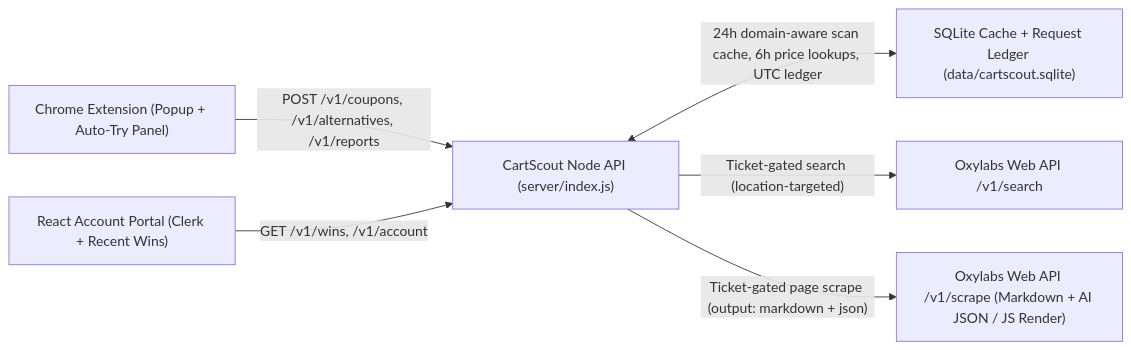
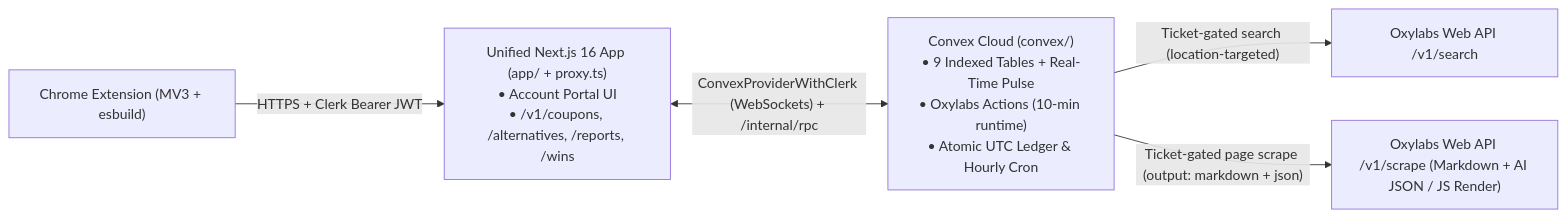
Before and after one commit to sonnysangha/cartscout: the first of 3 diagrams in README.md, drawn with Mermaid. The commit also changed other lines of this file and 196 other files, not shown here.

Commit message:
Refactor to Next.js 16 + Convex, fix working coupon ordering, seed Convex demo data, add interactive Oxylabs simulator & README diagrams

````diff
--- a/README.md
+++ b/README.md
@@ -17,15 +19,13 @@
 ```mermaid
 flowchart LR
-  Ext["Chrome Extension (Popup + Auto-Try Panel)"]
-  Portal["React Account Portal (Clerk + Recent Wins)"]
-  API["CartScout Node API (server/index.js)"]
-  Cache["SQLite Cache + Request Ledger (data/cartscout.sqlite)"]
+  Ext["Chrome Extension (MV3 + esbuild)"]
+  Next["Unified Next.js 16 App (app/ + proxy.ts)\n• Account Portal UI\n• /v1/coupons, /alternatives, /reports, /wins"]
+  Convex["Convex Cloud (convex/)\n• 9 Indexed Tables + Real-Time Pulse\n• Oxylabs Actions (10-min runtime)\n• Atomic UTC Ledger & Hourly Cron"]
   OxySearch["Oxylabs Web API /v1/search"]
   OxyScrape["Oxylabs Web API /v1/scrape (Markdown + AI JSON / JS Render)"]
 
-  Ext -->|"POST /v1/coupons, /v1/alternatives, /v1/reports"| API
-  Portal -->|"GET /v1/wins, /v1/account"| API
-  API <-->|"24h domain-aware scan cache, 6h price lookups, UTC ledger"| Cache
-  API -->|"Ticket-gated search (location-targeted)"| OxySearch
-  API -->|"Ticket-gated page scrape (output: markdown + json)"| OxyScrape
+  Ext -->|"HTTPS + Clerk Bearer JWT"| Next
+  Next <-->|"ConvexProviderWithClerk (WebSockets) + /internal/rpc"| Convex
+  Convex -->|"Ticket-gated search (location-targeted)"| OxySearch
+  Convex -->|"Ticket-gated page scrape (output: markdown + json)"| OxyScrape
 ```
````
